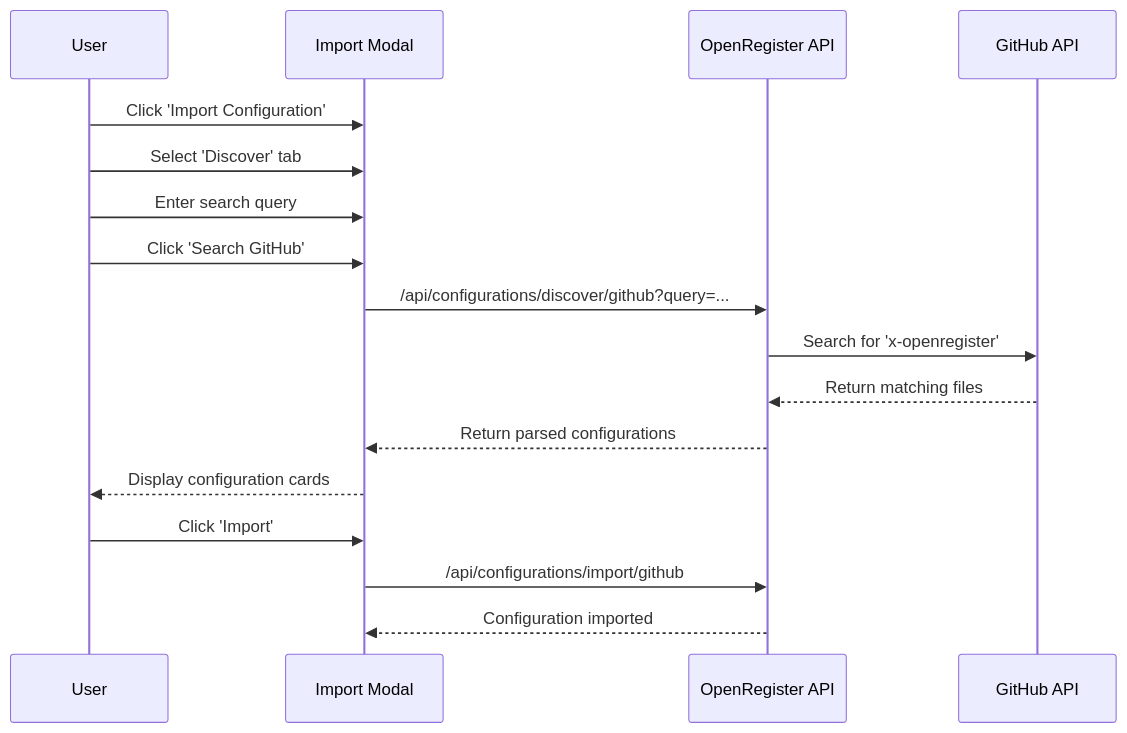
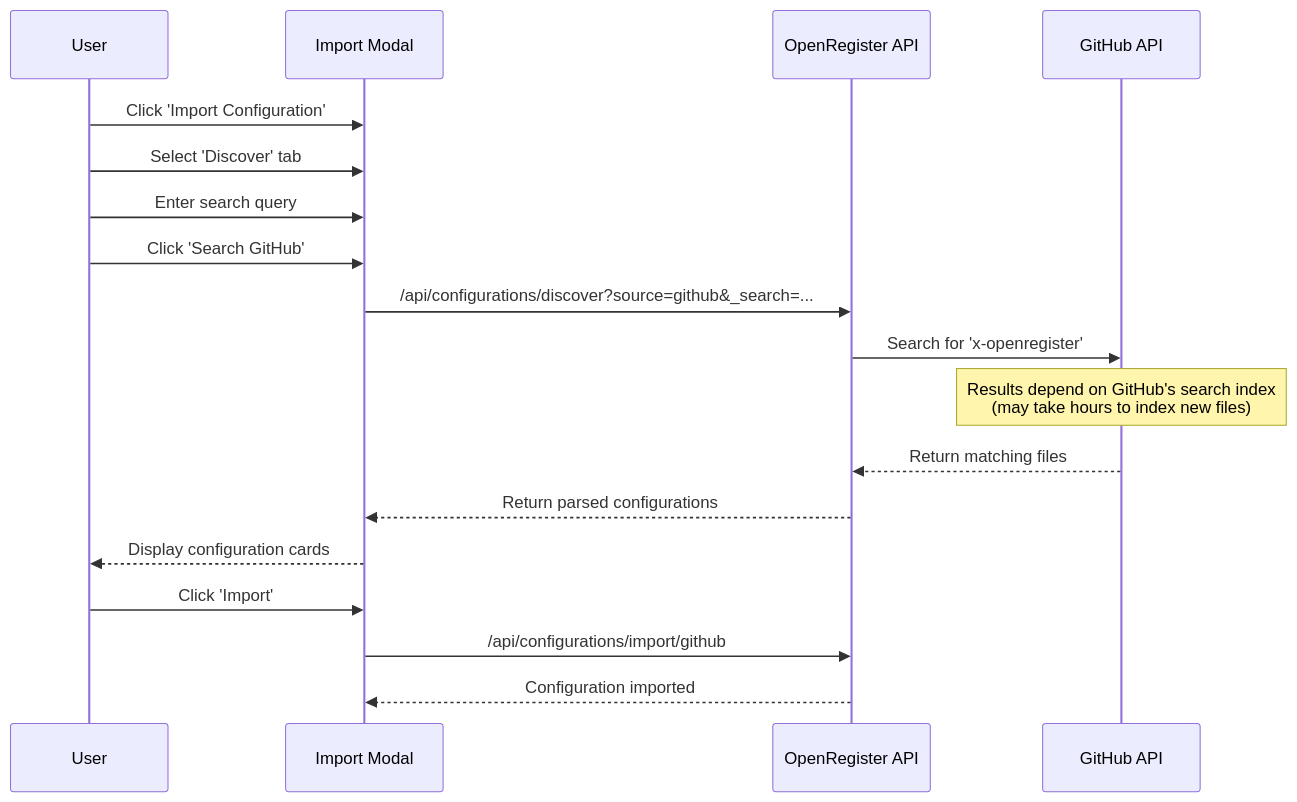
Before and after one commit to ConductionNL/openregister: the eighth of 14 diagrams in website/docs/Features/configurations.md, drawn with Mermaid. The commit also changed other lines of this file and 23 other files, not shown here.

````diff
--- a/website/docs/Features/configurations.md
+++ b/website/docs/Features/configurations.md
@@ -304,20 +310,21 @@
 ```mermaid
 sequenceDiagram
     participant User
     participant UI as Import Modal
     participant API as OpenRegister API
     participant GitHub as GitHub API
     
     User->>UI: Click 'Import Configuration'
     User->>UI: Select 'Discover' tab
     User->>UI: Enter search query
     User->>UI: Click 'Search GitHub'
-    UI->>API: /api/configurations/discover/github?query=...
+    UI->>API: /api/configurations/discover?source=github&_search=...
     API->>GitHub: Search for 'x-openregister'
+    Note over GitHub: Results depend on GitHub's search index<br/>(may take hours to index new files)
     GitHub-->>API: Return matching files
     API-->>UI: Return parsed configurations
     UI-->>User: Display configuration cards
     User->>UI: Click 'Import'
     UI->>API: /api/configurations/import/github
     API-->>UI: Configuration imported
 ```
````
